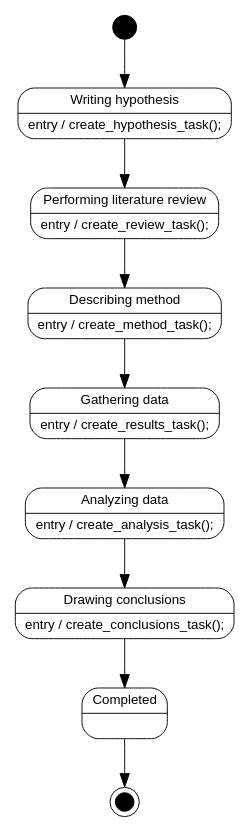
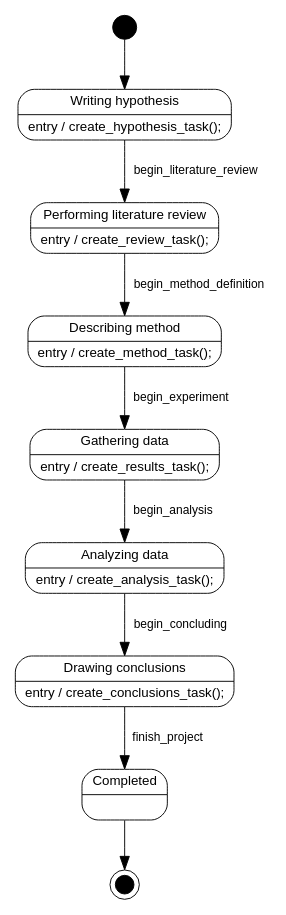
Before and after one commit to WorkflowsOnRails/project-report: the diagram in img/case-study-research-railgun/research-project-lifecycle.dot, drawn with Graphviz. The commit also changed 9 other files, not shown here.

```diff
--- a/img/case-study-research-railgun/research-project-lifecycle.dot
+++ b/img/case-study-research-railgun/research-project-lifecycle.dot
@@ -1,29 +1,29 @@
 digraph hierarchy {
   rankdir=TB
   node[shape=Mrecord, fontname=Arial, fontsize=10, penwidth=0.7]
   edge[dir=forward, fontname=Arial, fontsize=9, penwidth=0.7]
 
   start[label="",
         shape=circle, style=filled, color=black, fillcolor=black,
         fixedsize=true, width=0.25, height=0.25]
   end[label="",
       shape=doublecircle, style=filled, color=black, fillcolor=black,
       fixedsize=true, width=0.2, height=0.2]
 
   hypothesis[label = "{Writing hypothesis|entry / create_hypothesis_task();}"]
   literature_review[label = "{Performing literature review|entry / create_review_task();}"]
   method[label = "{Describing method|entry / create_method_task();}"]
   results[label = "{Gathering data|entry / create_results_task();}"]
   analysis[label = "{Analyzing data|entry / create_analysis_task();}"]
   conclusions[label = "{Drawing conclusions|entry / create_conclusions_task();}"]
   completed[label = "{Completed|}"]
 
   start -> hypothesis
-  hypothesis -> literature_review
-  literature_review -> method
-  method -> results
-  results -> analysis
-  analysis -> conclusions
-  conclusions -> completed
+  hypothesis -> literature_review [label = "  begin_literature_review "]
+  literature_review -> method [label = "  begin_method_definition "]
+  method -> results [label = "  begin_experiment "]
+  results -> analysis [label = "  begin_analysis "]
+  analysis -> conclusions [label = "  begin_concluding "]
+  conclusions -> completed [label = "  finish_project "]
   completed -> end
 }
```
